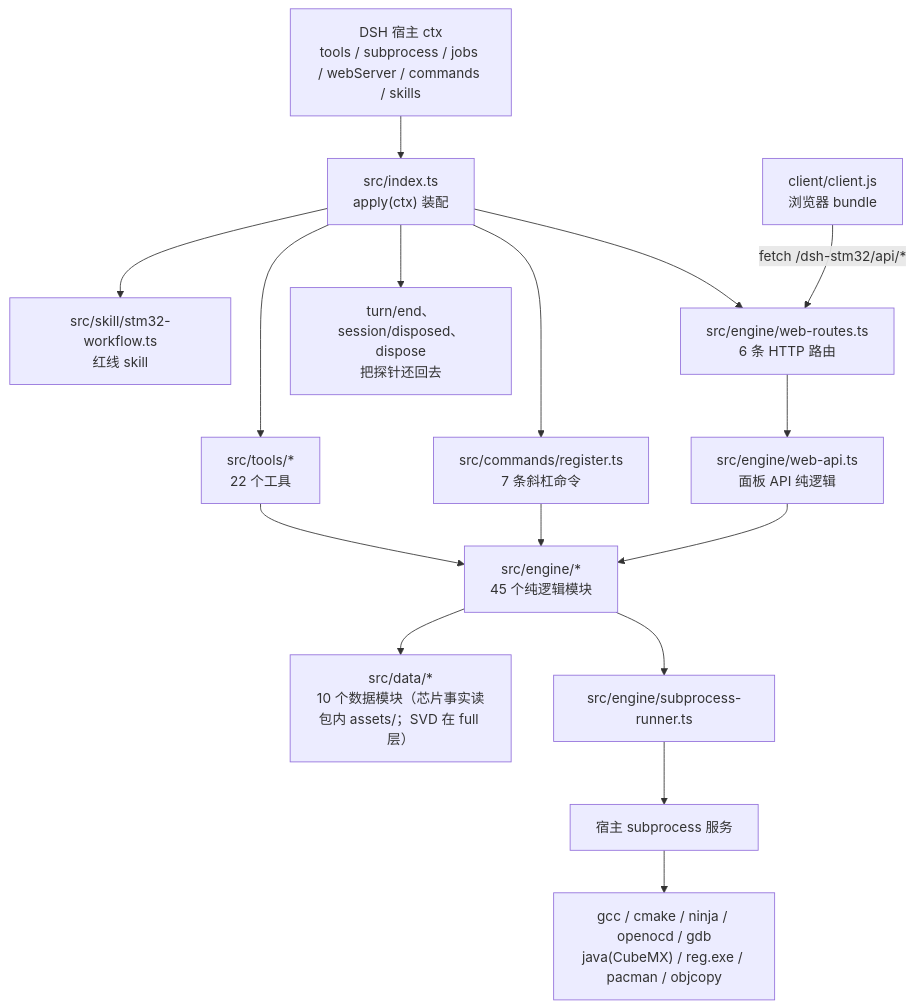
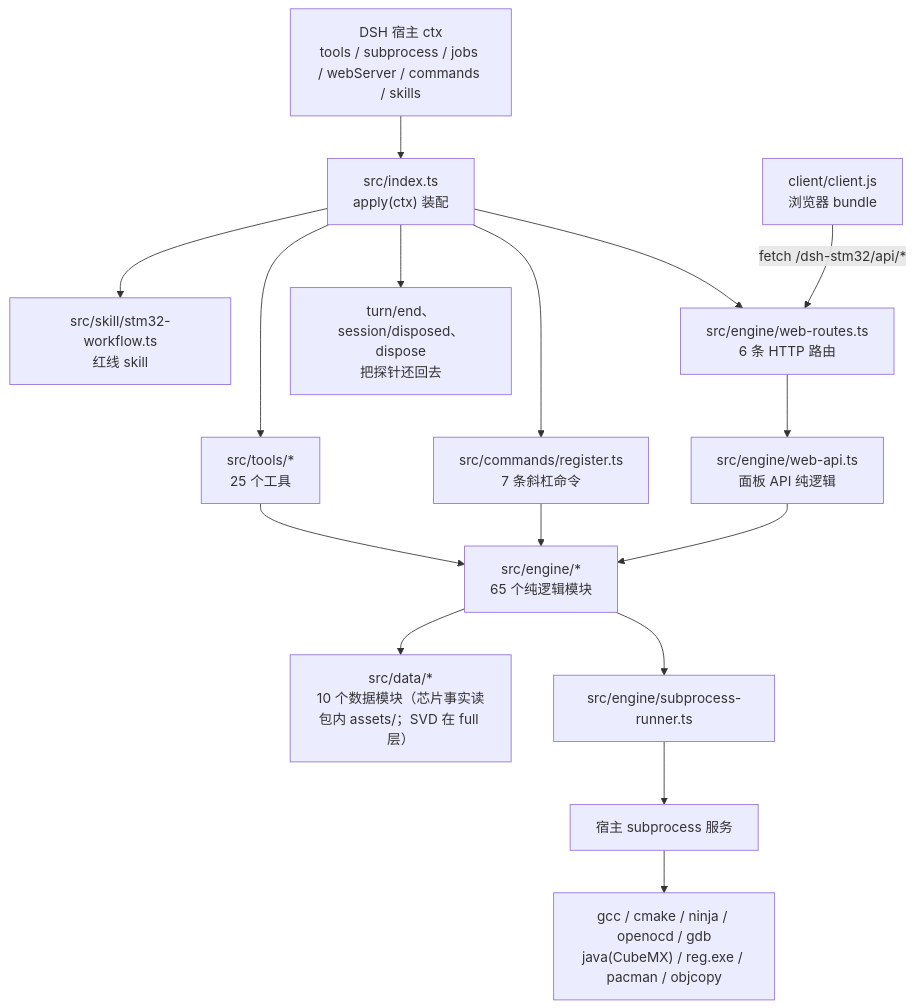
The first of 15 diagrams in docs/reading-guide.md (JingYu-er/dsh-stm32), drawn with Mermaid before and after one commit. The commit also changed other lines of this file and 14 other files, not shown here.

````diff
--- a/docs/reading-guide.md
+++ b/docs/reading-guide.md
@@ -44,18 +44,18 @@
 ```mermaid
 flowchart TD
   HOST["DSH 宿主 ctx<br/>tools / subprocess / jobs / webServer / commands / skills"] --> IDX["src/index.ts<br/>apply(ctx) 装配"]
-  IDX --> TOOLS["src/tools/*<br/>22 个工具"]
+  IDX --> TOOLS["src/tools/*<br/>25 个工具"]
   IDX --> CMDS["src/commands/register.ts<br/>7 条斜杠命令"]
   IDX --> SKILL["src/skill/stm32-workflow.ts<br/>红线 skill"]
   IDX --> WEB["src/engine/web-routes.ts<br/>6 条 HTTP 路由"]
   IDX --> EVT["turn/end、session/disposed、dispose<br/>把探针还回去"]
-  TOOLS --> ENGINE["src/engine/*<br/>45 个纯逻辑模块"]
+  TOOLS --> ENGINE["src/engine/*<br/>65 个纯逻辑模块"]
   CMDS --> ENGINE
   WEB --> API["src/engine/web-api.ts<br/>面板 API 纯逻辑"]
   API --> ENGINE
   ENGINE --> DATA["src/data/*<br/>10 个数据模块（芯片事实读包内 assets/；SVD 在 full 层）"]
   ENGINE --> RUN["src/engine/subprocess-runner.ts"]
   RUN --> OS["宿主 subprocess 服务"]
   OS --> BIN["gcc / cmake / ninja / openocd / gdb<br/>java(CubeMX) / reg.exe / pacman / objcopy"]
   CLIENT["client/client.js<br/>浏览器 bundle"] -->|"fetch /dsh-stm32/api/*"| WEB
 ```
````
